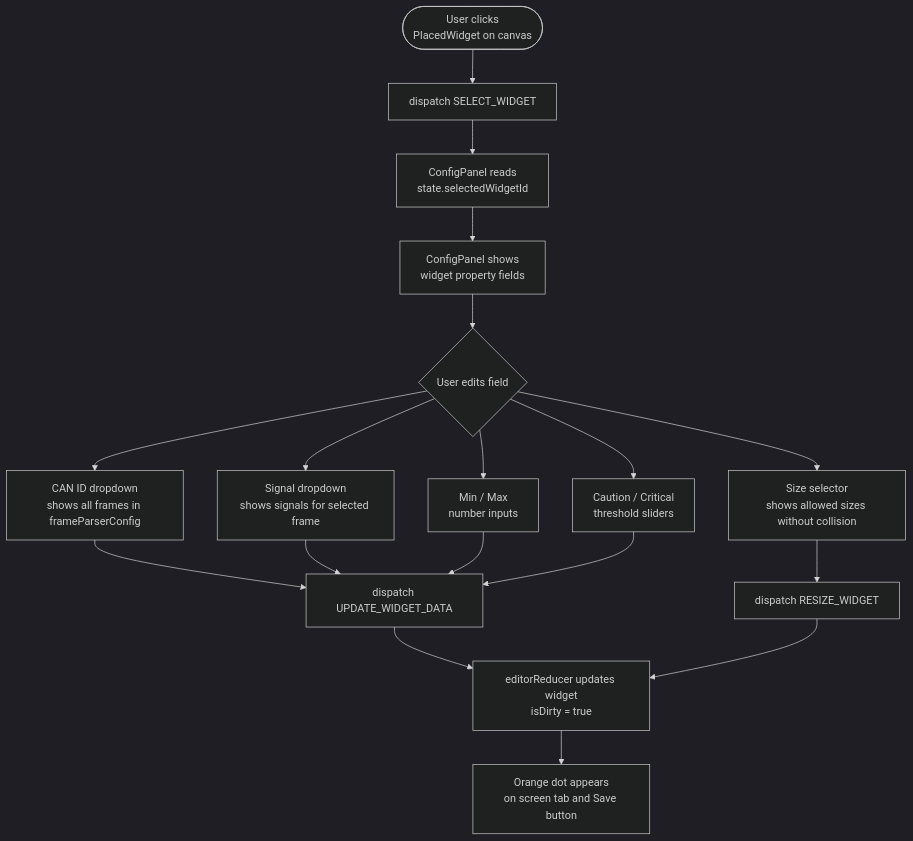
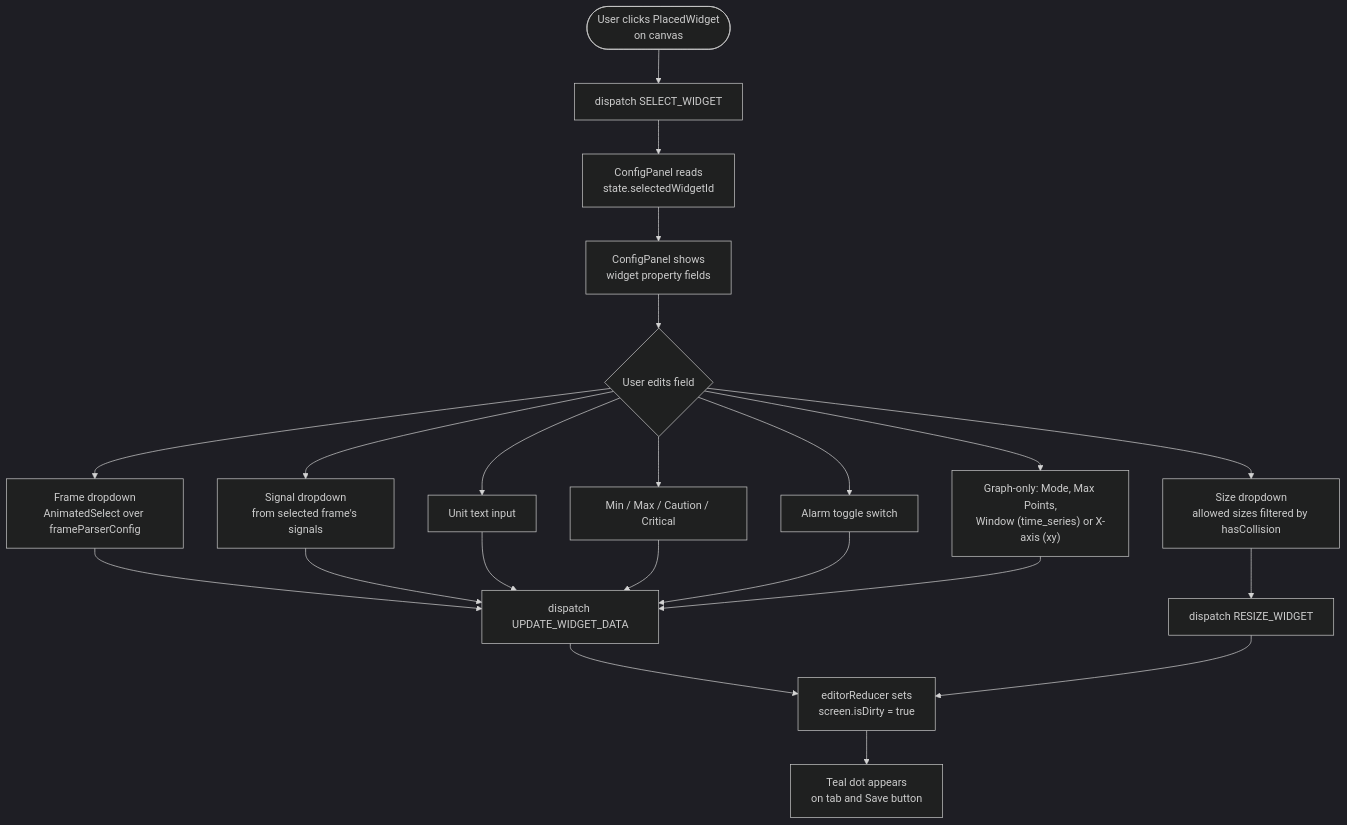
The third of 7 diagrams in documentation/user-flows.md (evilspoon13/track-web), drawn with Mermaid (dark theme) before and after one commit. The commit also changed other lines of this file and 36 other files, not shown here.

````diff
--- a/documentation/user-flows.md
+++ b/documentation/user-flows.md
@@ -50,23 +58,27 @@
 ```mermaid
 flowchart TD
-    A([User clicks\nPlacedWidget on canvas]) --> B[dispatch SELECT_WIDGET]
+    A([User clicks PlacedWidget\non canvas]) --> B[dispatch SELECT_WIDGET]
     B --> C[ConfigPanel reads\nstate.selectedWidgetId]
     C --> D[ConfigPanel shows\nwidget property fields]
 
     D --> E{User edits field}
-    E --> F[CAN ID dropdown\nshows all frames in frameParserConfig]
-    E --> G[Signal dropdown\nshows signals for selected frame]
-    E --> H[Min / Max\nnumber inputs]
-    E --> I[Caution / Critical\nthreshold sliders]
-    E --> J[Size selector\nshows allowed sizes without collision]
+    E --> F[Frame dropdown\nAnimatedSelect over frameParserConfig]
+    E --> G[Signal dropdown\nfrom selected frame's signals]
+    E --> H[Unit text input]
+    E --> I[Min / Max / Caution / Critical]
+    E --> J[Alarm toggle switch]
+    E --> K[Size dropdown\nallowed sizes filtered by hasCollision]
+    E --> L["Graph-only: Mode, Max Points,<br/>Window (time_series) or X-axis (xy)"]
 
-    F --> K[dispatch UPDATE_WIDGET_DATA]
-    G --> K
-    H --> K
-    I --> K
-    J --> L[dispatch RESIZE_WIDGET]
+    F --> M[dispatch UPDATE_WIDGET_DATA]
+    G --> M
+    H --> M
+    I --> M
+    J --> M
+    L --> M
+    K --> N[dispatch RESIZE_WIDGET]
 
-    K --> M[editorReducer updates widget\nisDirty = true]
-    L --> M
-    M --> N[Orange dot appears\non screen tab and Save button]
+    M --> O[editorReducer sets\nscreen.isDirty = true]
+    N --> O
+    O --> P[Teal dot appears\non tab and Save button]
 ```
````
